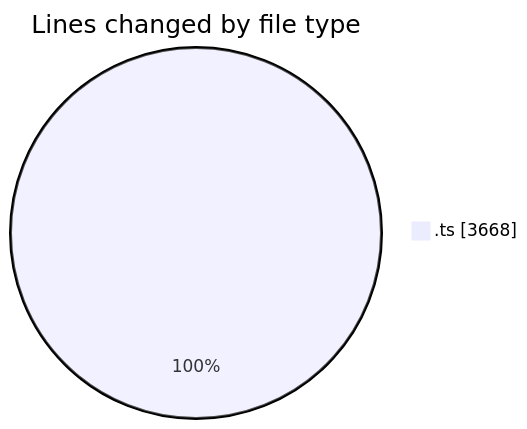
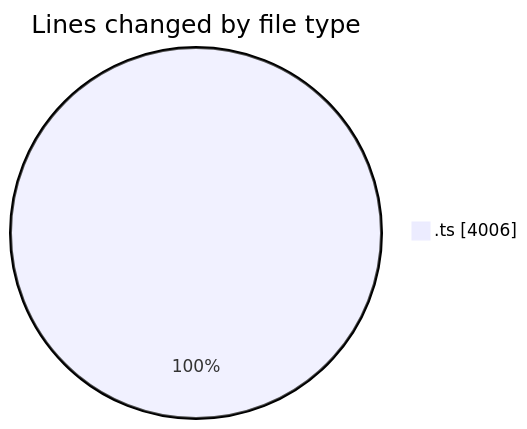
One commit to tmsrecording-cyber/code-tracking changed the first of 2 diagrams in 2026-02-09/singularitybrainai/README.md. Above: the diagram before and after it, drawn with Mermaid. The commit also changed other lines of this file and 1 other file, not shown here.

````diff
--- a/2026-02-09/singularitybrainai/README.md
+++ b/2026-02-09/singularitybrainai/README.md
@@ -30,5 +31,5 @@
 ```mermaid
 pie showData
 title Lines changed by file type
-".ts" : 3668
+".ts" : 4006
 ```
````
